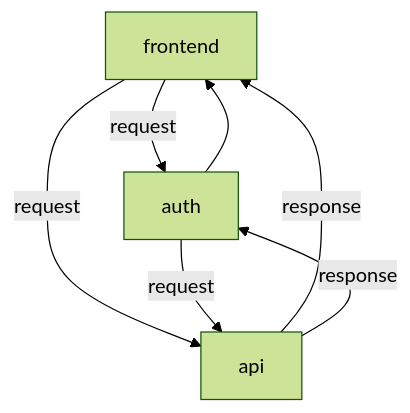
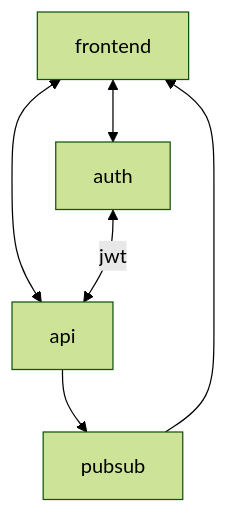
The diagram in README.md (takashiAg/Mqtt-chat), drawn with Mermaid (forest theme) before and after one commit. The commit also changed other lines of this file, not shown here.

````diff
--- a/README.md
+++ b/README.md
@@ -7,9 +7,8 @@
 ```mermaid
 graph TD
-    A[frontend] -->|request| B[auth]
-    B --> A
-    A -->|request| C[api]
-    C -->|response| A
-    B -->|request| C
-    C -->|response| B
+    FE[frontend] <--> Auth[auth]
+    FE <--> API[api]
+    pubsub[pubsub] --> FE
+    API --> pubsub
+    Auth <-->|jwt| API
 ```
````
